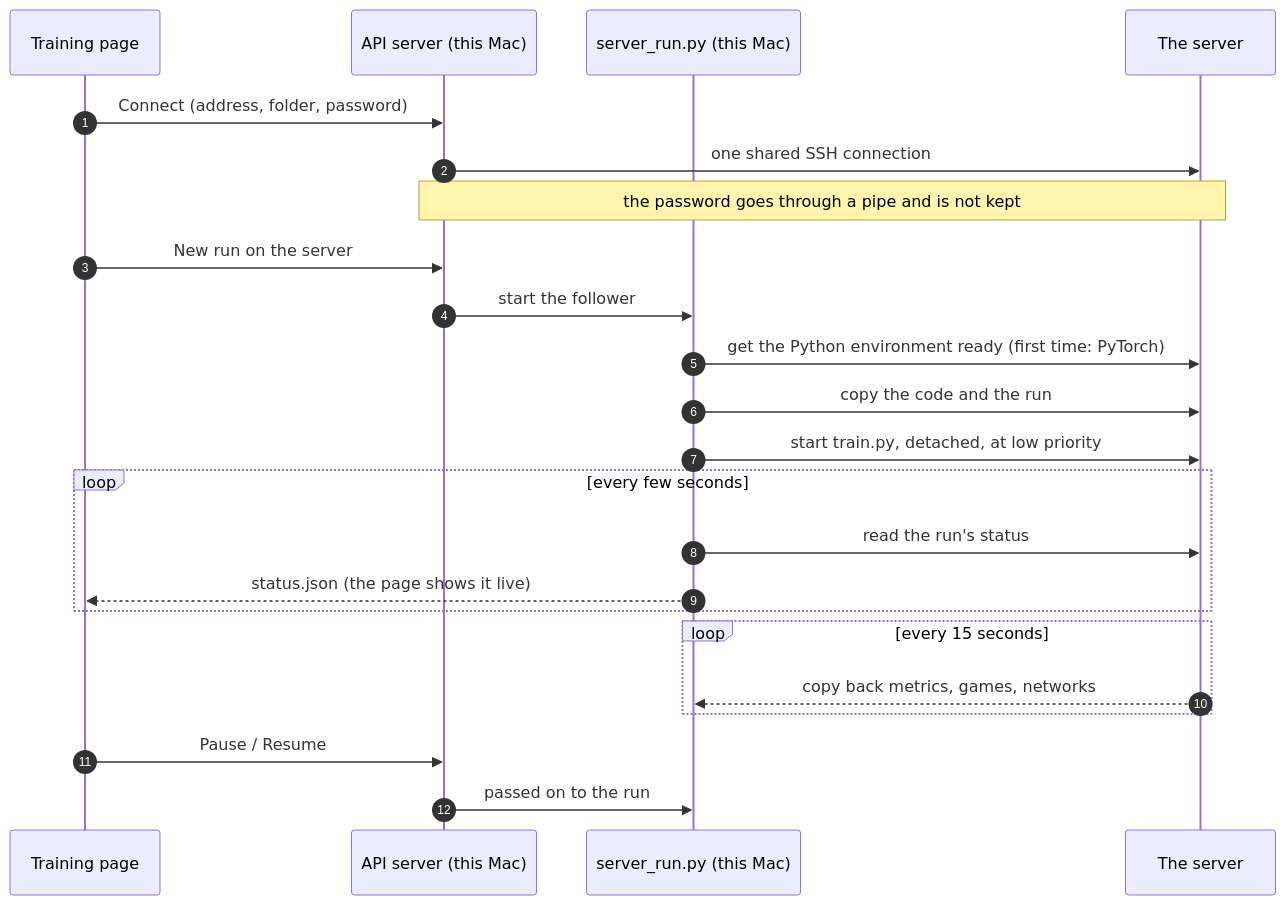
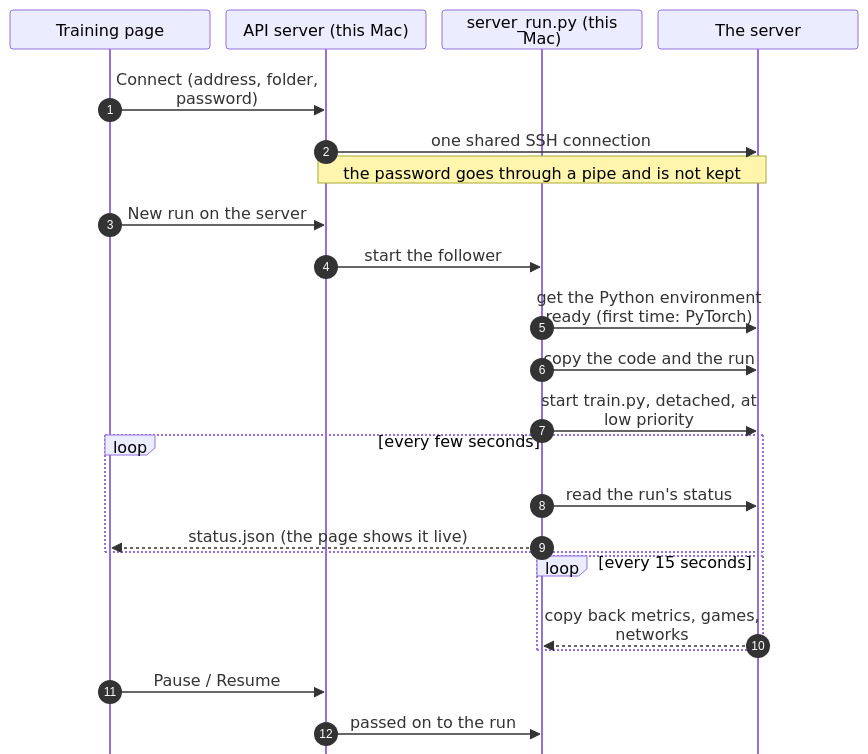
The first of 2 diagrams in docs/TRAINING_REMOTE.md (Aditya-00786/csf407-fable-chaturanga-zero), drawn with Mermaid before and after one commit. The commit also changed 8 other files, not shown here.

First line of the commit message:
docs: full diagrams again, sized to fit a screen; Milestone 4 at 95%

````diff
--- a/docs/TRAINING_REMOTE.md
+++ b/docs/TRAINING_REMOTE.md
@@ -23,25 +23,26 @@
 ```mermaid
+%%{init: {"sequence": {"wrap": true, "width": 200, "height": 36, "actorMargin": 16, "messageMargin": 10, "boxMargin": 4, "noteMargin": 4, "mirrorActors": false, "messageFontSize": 12, "actorFontSize": 12, "noteFontSize": 12}, "themeVariables": {"fontSize": "12px"}}}%%
 sequenceDiagram
     autonumber
     participant App as Training page
     participant API as API server (this Mac)
     participant F as server_run.py (this Mac)
     participant S as The server
     App->>API: Connect (address, folder, password)
     API->>S: one shared SSH connection
     Note over API,S: the password goes through a pipe and is not kept
     App->>API: New run on the server
     API->>F: start the follower
     F->>S: get the Python environment ready (first time: PyTorch)
     F->>S: copy the code and the run
     F->>S: start train.py, detached, at low priority
     loop every few seconds
         F->>S: read the run's status
         F-->>App: status.json (the page shows it live)
     end
     loop every 15 seconds
         S-->>F: copy back metrics, games, networks
     end
     App->>API: Pause / Resume
     API->>F: passed on to the run
 ```
````
